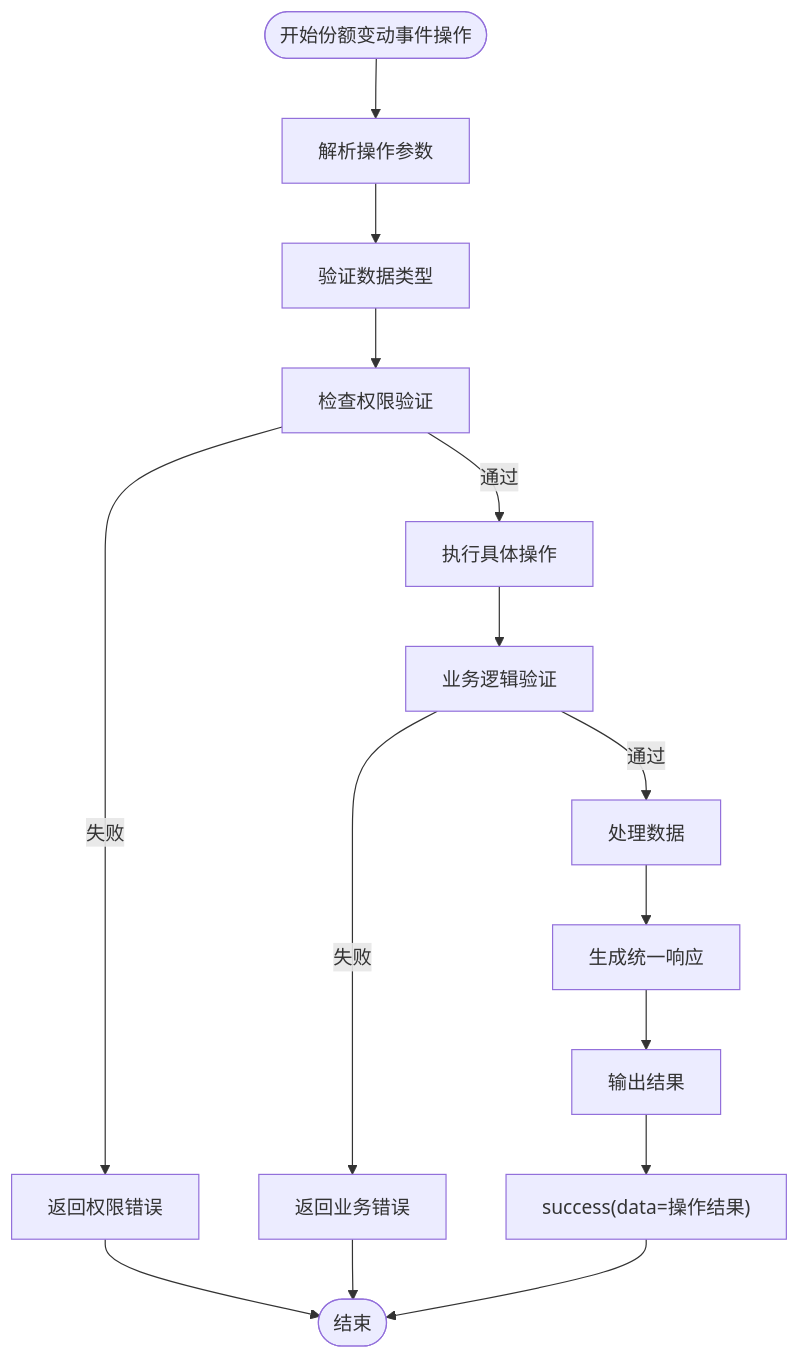
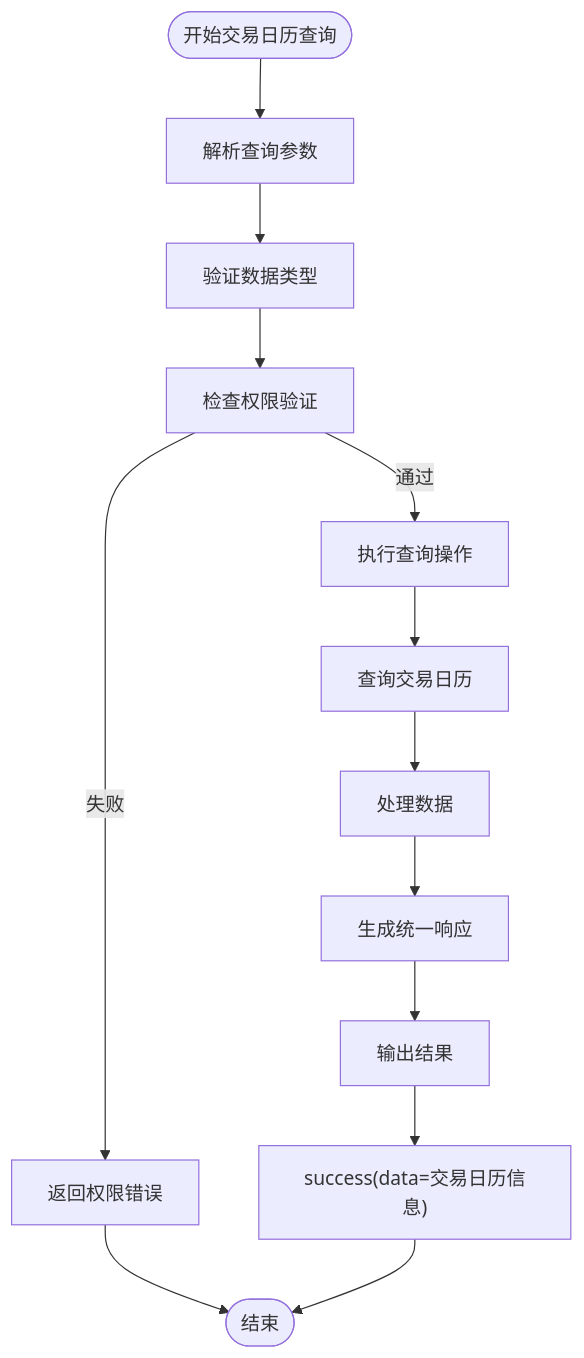
One commit to gujialind/InvestRing changed the third of 4 diagrams in .qoder/repowiki/zh/content/开发指南/InvestRing Admin CLI 工具.md. Above: the diagram before and after it, drawn with Mermaid. The commit also changed other lines of this file and 15 other files, not shown here.

````diff
--- a/.qoder/repowiki/zh/content/开发指南/InvestRing Admin CLI 工具.md
+++ b/.qoder/repowiki/zh/content/开发指南/InvestRing Admin CLI 工具.md
@@ -186,17 +184,15 @@
 ```mermaid
 flowchart TD
-Start(["开始份额变动事件操作"]) --> ParseParams["解析操作参数"]
+Start(["开始交易日历查询"]) --> ParseParams["解析查询参数"]
 ParseParams --> ValidateData["验证数据类型"]
 ValidateData --> CheckAuth["检查权限验证"]
-CheckAuth --> |通过| ExecuteOp["执行具体操作"]
+CheckAuth --> |通过| ExecuteQuery["执行查询操作"]
 CheckAuth --> |失败| AuthError["返回权限错误"]
-ExecuteOp --> ValidateBusiness["业务逻辑验证"]
-ValidateBusiness --> |通过| ProcessData["处理数据"]
-ValidateBusiness --> |失败| BusinessError["返回业务错误"]
+ExecuteQuery --> QueryCalendar["查询交易日历"]
+QueryCalendar --> ProcessData["处理数据"]
 ProcessData --> GenerateResponse["生成统一响应"]
 GenerateResponse --> OutputResult["输出结果"]
-OutputResult --> Success["success(data=操作结果)"]
+OutputResult --> Success["success(data=交易日历信息)"]
 AuthError --> End(["结束"])
-BusinessError --> End
 Success --> End
 ```
````
